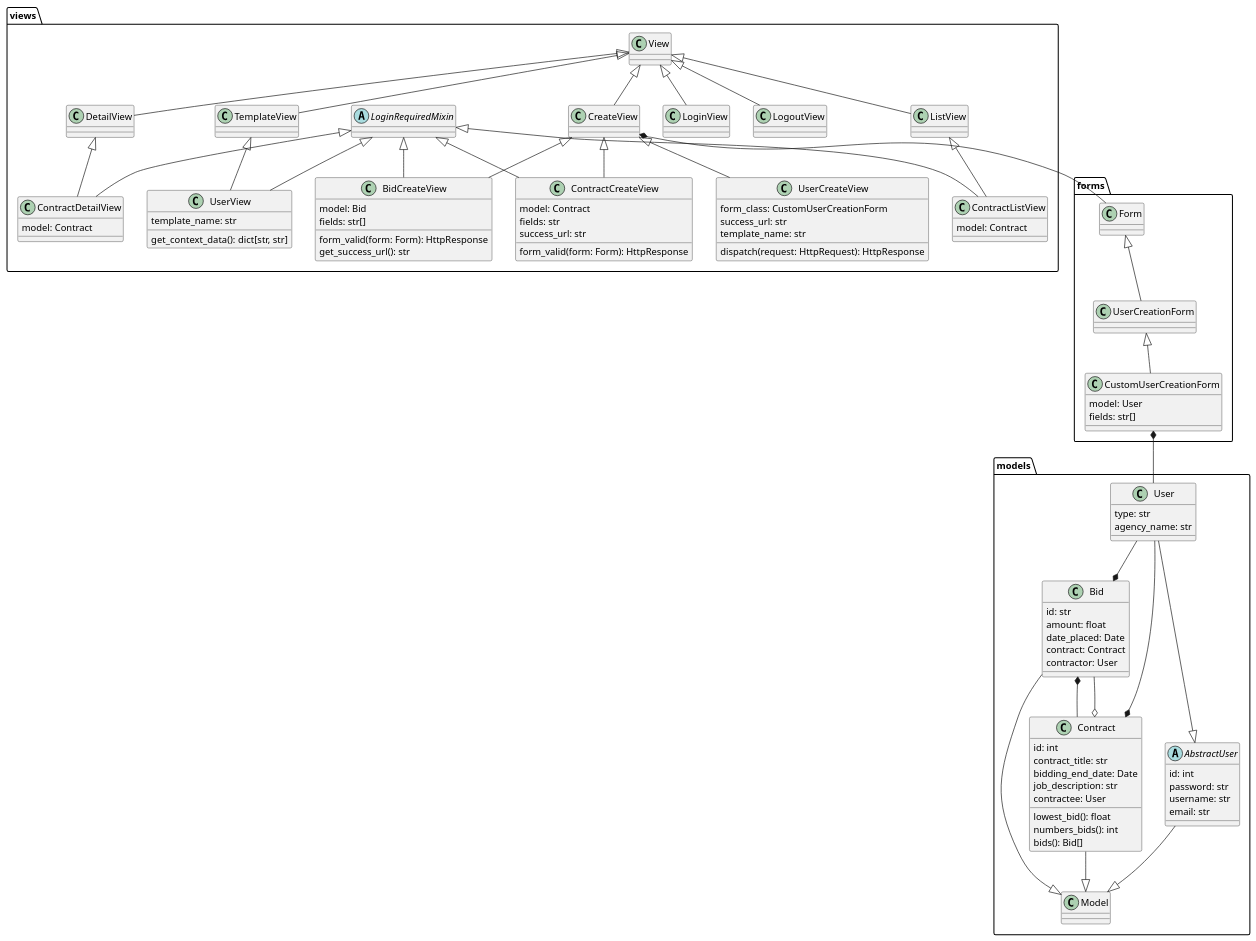
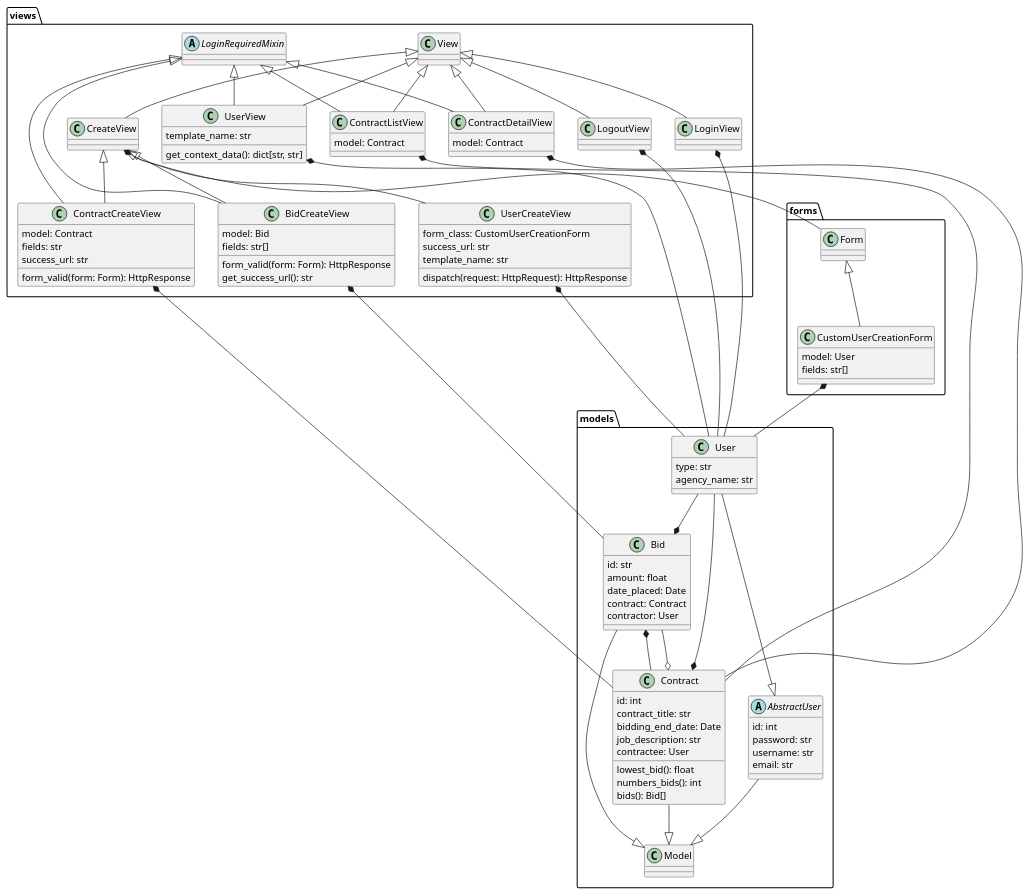
The diagram in diagrams/class_diagram.puml (mrhaffner/job_bidding_board), drawn with PlantUML before and after one commit.

Commit message:
remove extraneous intermediate django classes, add relationship between model and views

```diff
--- a/diagrams/class_diagram.puml
+++ b/diagrams/class_diagram.puml
@@ -1,127 +1,127 @@
 @startuml class_diagram
 package "models" {
  class Model {}
 
  class Bid {
  id: str
  amount: float
  date_placed: Date
  contract: Contract
  contractor: User
  } 
 
  class Contract {
  id: int
  contract_title: str
  bidding_end_date: Date
  job_description: str
  contractee: User
  lowest_bid(): float
  numbers_bids(): int
  bids(): Bid[]
  } 
 
  class User {
  type: str
  agency_name: str
  } 
 
  abstract class AbstractUser{
  id: int
  password: str
  username: str
  email: str
  }
  
  Bid --|> Model
  Contract --|> Model
  AbstractUser --|> Model
  User --|> AbstractUser
  Bid *-- Contract
  Bid --o Contract
  User --* Contract
  User --* Bid
  }
 
 package "views" {
 class View {}
-class ListView {}
-class DetailView {}
 class CreateView {}
-class DetailView {}
-class TemplateView {}
 abstract class LoginRequiredMixin {}
 
 class LoginView {}
 class LogoutView {}
 
 class ContractListView {
  model: Contract
 }
 
 class ContractCreateView {
 model: Contract
 fields: str
 success_url: str
 form_valid(form: Form): HttpResponse
 }
 
 class ContractDetailView {
 model: Contract
 }
 
 class BidCreateView {
 model: Bid
 fields: str[]
 form_valid(form: Form): HttpResponse
 get_success_url(): str
 }
 
 class UserCreateView {
 form_class: CustomUserCreationForm
 success_url: str
 template_name: str
 dispatch(request: HttpRequest): HttpResponse
 }
 
 class UserView {
  template_name: str
  get_context_data(): dict[str, str]
 }
 
-View <|-- ListView
-View <|-- DetailView
-View <|-- CreateView
-View <|-- TemplateView
 View <|-- LoginView
 View <|-- LogoutView
-DetailView <|-- ContractDetailView
-ListView <|-- ContractListView
+View <|-- ContractDetailView
+View <|-- ContractListView
+View <|-- CreateView
 CreateView <|-- ContractCreateView
 CreateView <|-- UserCreateView
 CreateView <|-- BidCreateView
-TemplateView <|-- UserView
+View <|-- UserView
 LoginRequiredMixin <|-- ContractDetailView
 LoginRequiredMixin <|-- ContractListView
 LoginRequiredMixin <|-- ContractCreateView
 LoginRequiredMixin <|-- BidCreateView
 LoginRequiredMixin <|-- UserView
+
+ContractCreateView *-- Contract
+ContractListView *-- Contract
+ContractDetailView *-- Contract
+BidCreateView *-- Bid
+UserView *-- User
+UserCreateView *-- User
+LoginView *-- User
+LogoutView *-- User
 }
 
 package "forms" {
 class Form {}
-class UserCreationForm {}
 
 class CustomUserCreationForm {
 model: User
 fields: str[]
 }
 
-Form <|-- UserCreationForm
-UserCreationForm <|-- CustomUserCreationForm
+Form <|-- CustomUserCreationForm
 }
 
 CustomUserCreationForm *-- User
 CreateView *-- Form
 
 @enduml
```
